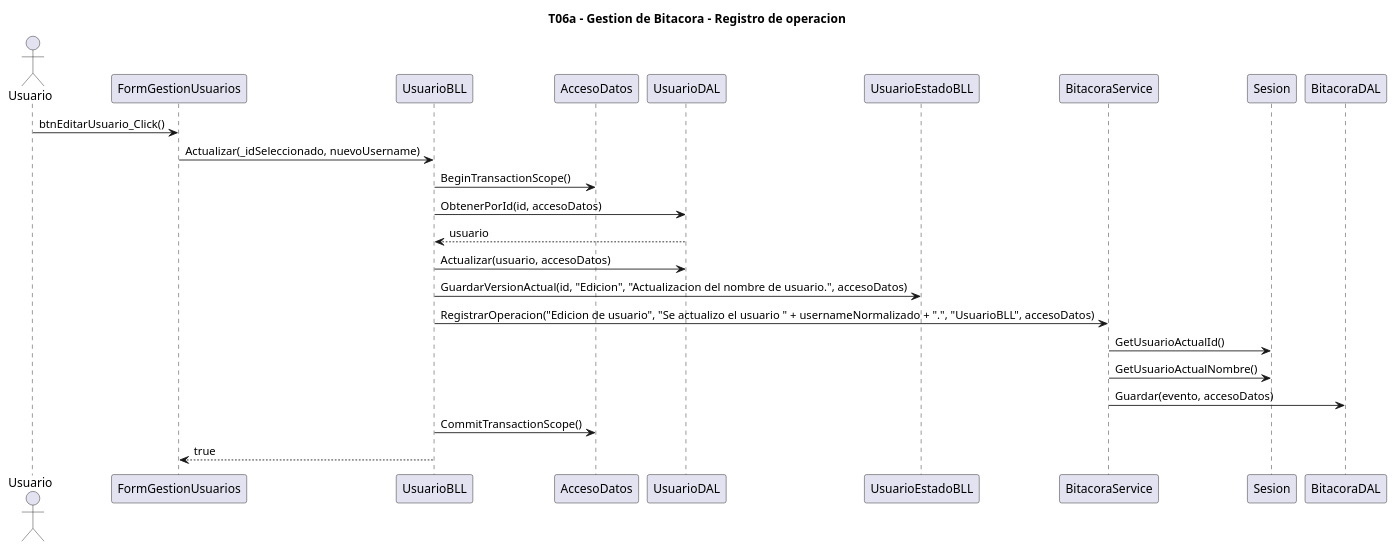
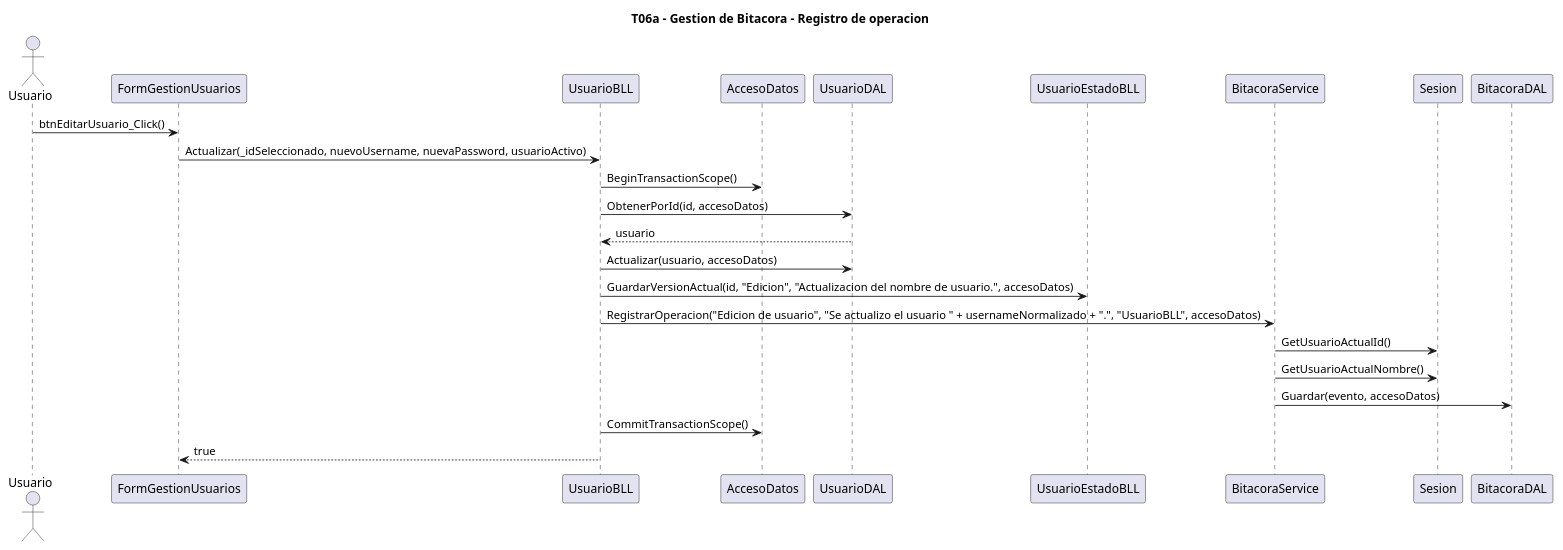
Before and after one commit to aggutierrez98/TP-TD: the diagram in diagramas/T06a-bitacora/T06a-bitacora-secuencia.puml, drawn with PlantUML. The commit also changed 52 other files, not shown here.

```diff
--- a/diagramas/T06a-bitacora/T06a-bitacora-secuencia.puml
+++ b/diagramas/T06a-bitacora/T06a-bitacora-secuencia.puml
@@ -1,28 +1,28 @@
 @startuml
 title T06a - Gestion de Bitacora - Registro de operacion
 
 actor Usuario
 participant "FormGestionUsuarios" as FormGestionUsuarios
 participant "UsuarioBLL" as UsuarioBLL
 participant "AccesoDatos" as AccesoDatos
 participant "UsuarioDAL" as UsuarioDAL
 participant "UsuarioEstadoBLL" as UsuarioEstadoBLL
 participant "BitacoraService" as BitacoraService
 participant "Sesion" as Sesion
 participant "BitacoraDAL" as BitacoraDAL
 
 Usuario -> FormGestionUsuarios : btnEditarUsuario_Click()
-FormGestionUsuarios -> UsuarioBLL : Actualizar(_idSeleccionado, nuevoUsername)
+FormGestionUsuarios -> UsuarioBLL : Actualizar(_idSeleccionado, nuevoUsername, nuevaPassword, usuarioActivo)
 UsuarioBLL -> AccesoDatos : BeginTransactionScope()
 UsuarioBLL -> UsuarioDAL : ObtenerPorId(id, accesoDatos)
 UsuarioDAL --> UsuarioBLL : usuario
 UsuarioBLL -> UsuarioDAL : Actualizar(usuario, accesoDatos)
 UsuarioBLL -> UsuarioEstadoBLL : GuardarVersionActual(id, "Edicion", "Actualizacion del nombre de usuario.", accesoDatos)
 UsuarioBLL -> BitacoraService : RegistrarOperacion("Edicion de usuario", "Se actualizo el usuario " + usernameNormalizado + ".", "UsuarioBLL", accesoDatos)
 BitacoraService -> Sesion : GetUsuarioActualId()
 BitacoraService -> Sesion : GetUsuarioActualNombre()
 BitacoraService -> BitacoraDAL : Guardar(evento, accesoDatos)
 UsuarioBLL -> AccesoDatos : CommitTransactionScope()
 UsuarioBLL --> FormGestionUsuarios : true
 
 @enduml
```
